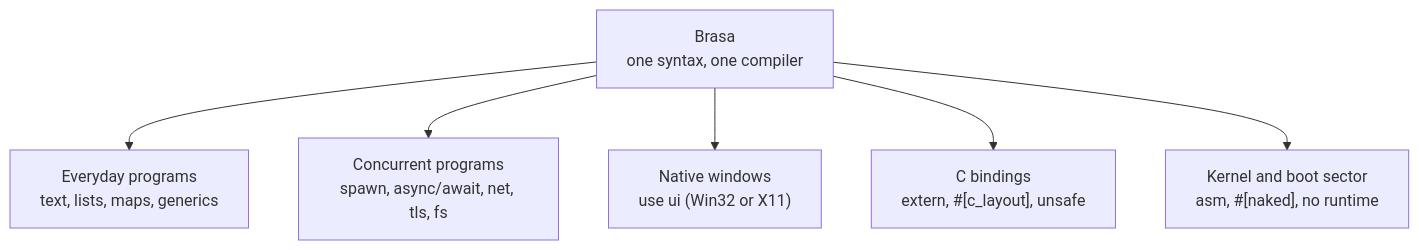
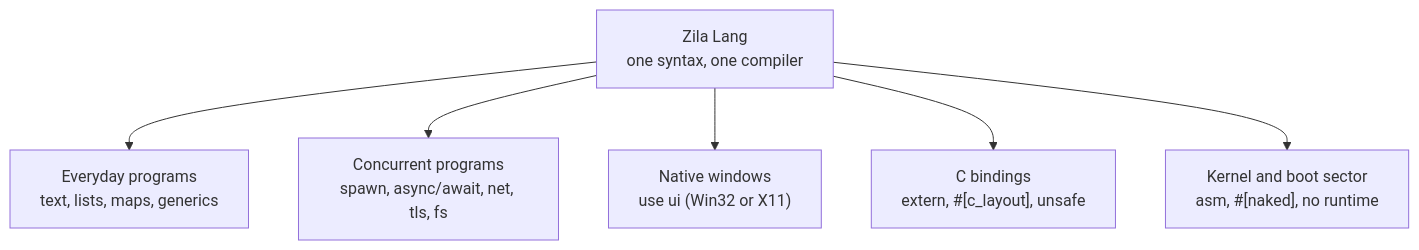
Before and after one commit to code4performance/zila: the seventh of 7 diagrams in README.md, drawn with Mermaid. The commit also changed other lines of this file and 251 other files, not shown here.

First line of the commit message:
Rename the language to Zila Lang

````diff
--- a/README.md
+++ b/README.md
@@ -194,9 +187,9 @@
 ```mermaid
 flowchart TB
-    L["Brasa<br/>one syntax, one compiler"]
+    L["Zila Lang<br/>one syntax, one compiler"]
     L --> APP["Everyday programs<br/>text, lists, maps, generics"]
     L --> NET["Concurrent programs<br/>spawn, async/await, net, tls, fs"]
     L --> GUI["Native windows<br/>use ui (Win32 or X11)"]
     L --> FFI["C bindings<br/>extern, #[c_layout], unsafe"]
     L --> OS["Kernel and boot sector<br/>asm, #[naked], no runtime"]
 ```
````
